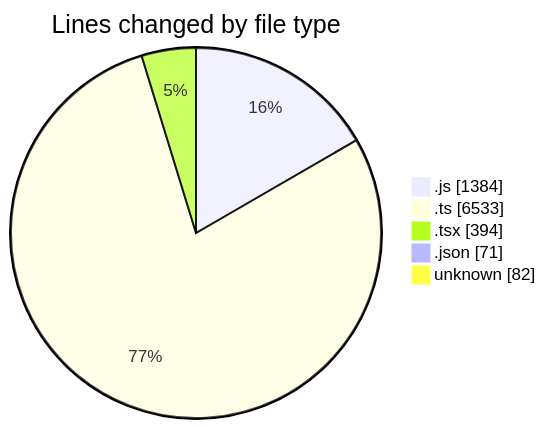
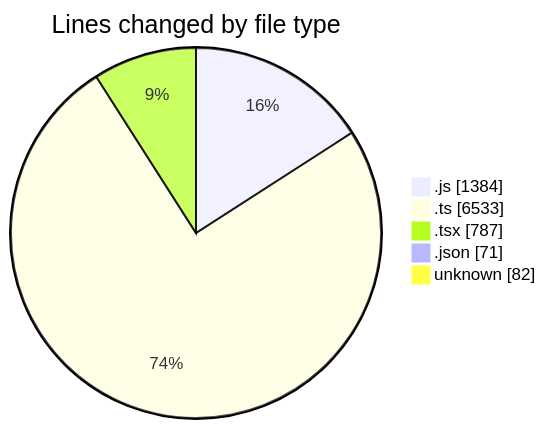
Before and after one commit to momahboobian/code-tracking: the first of 2 diagrams in 2026-02-04/cda/README.md, drawn with Mermaid. The commit also changed other lines of this file and 1 other file, not shown here.

````diff
--- a/2026-02-04/cda/README.md
+++ b/2026-02-04/cda/README.md
@@ -33,9 +36,9 @@
 ```mermaid
 pie showData
 title Lines changed by file type
 ".js" : 1384
 ".ts" : 6533
-".tsx" : 394
+".tsx" : 787
 ".json" : 71
 "unknown" : 82
 ```
````
